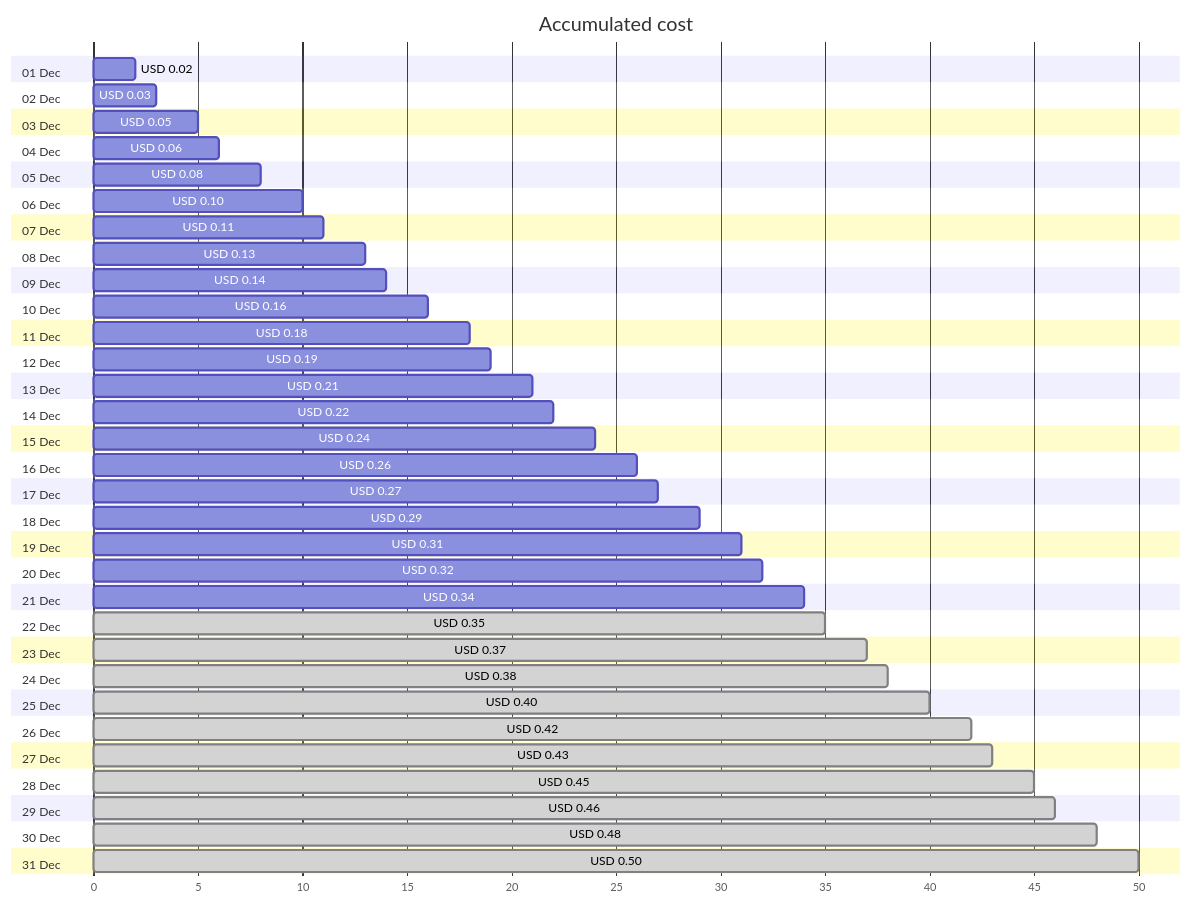
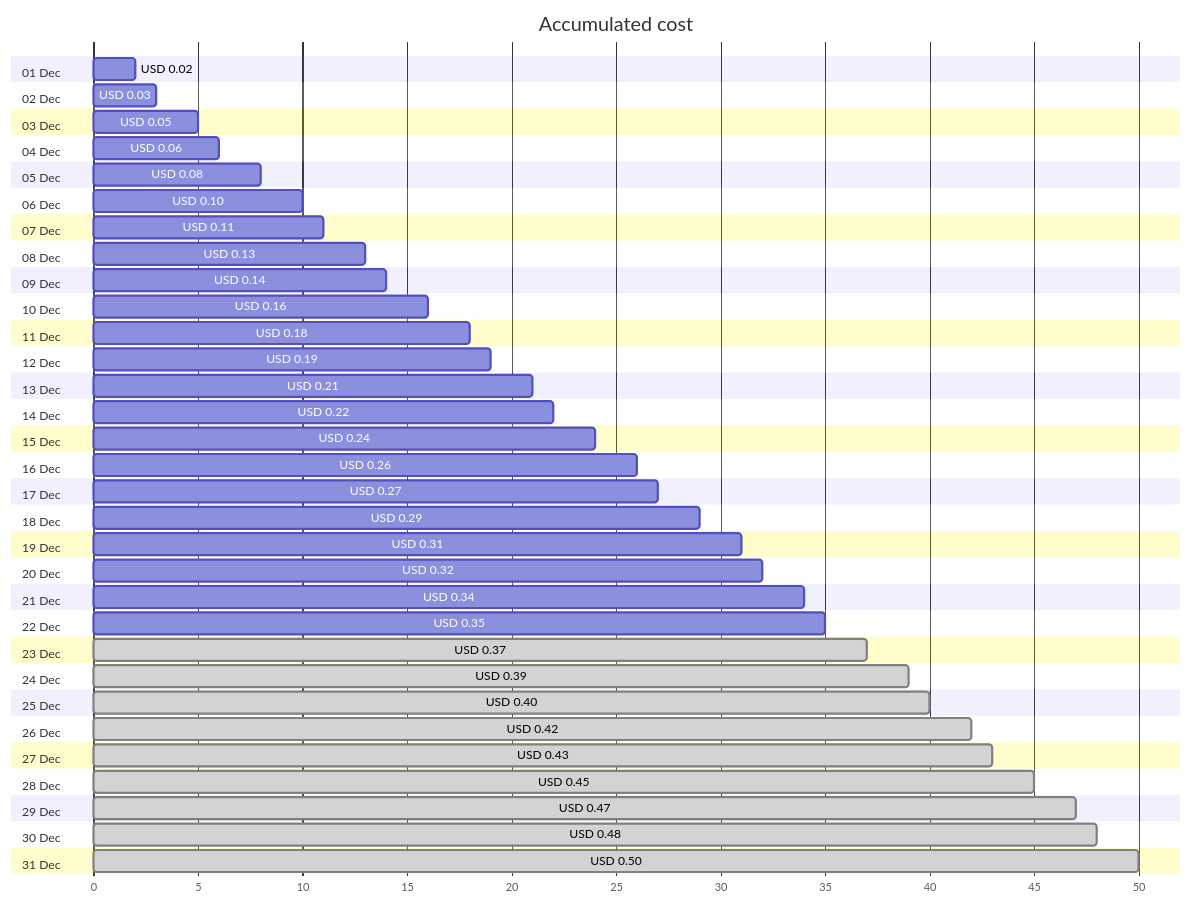
Before and after one commit to jpfulton/azure-personal-reports: the first of 4 diagrams in cost-reports/personal-network/private.jpatrickfulton.com.md, drawn with Mermaid. The commit also changed other lines of this file and 8 other files, not shown here.

````diff
--- a/cost-reports/personal-network/private.jpatrickfulton.com.md
+++ b/cost-reports/personal-network/private.jpatrickfulton.com.md
@@ -20,68 +20,68 @@
 ```mermaid
 gantt
    title Accumulated cost
    dateFormat  X
    axisFormat %s
    section 01 Dec
    USD 0.02 :0, 2
    section 02 Dec
    USD 0.03 :0, 3
    section 03 Dec
    USD 0.05 :0, 5
    section 04 Dec
    USD 0.06 :0, 6
    section 05 Dec
    USD 0.08 :0, 8
    section 06 Dec
    USD 0.10 :0, 10
    section 07 Dec
    USD 0.11 :0, 11
    section 08 Dec
    USD 0.13 :0, 13
    section 09 Dec
    USD 0.14 :0, 14
    section 10 Dec
    USD 0.16 :0, 16
    section 11 Dec
    USD 0.18 :0, 18
    section 12 Dec
    USD 0.19 :0, 19
    section 13 Dec
    USD 0.21 :0, 21
    section 14 Dec
    USD 0.22 :0, 22
    section 15 Dec
    USD 0.24 :0, 24
    section 16 Dec
    USD 0.26 :0, 26
    section 17 Dec
    USD 0.27 :0, 27
    section 18 Dec
    USD 0.29 :0, 29
    section 19 Dec
    USD 0.31 :0, 31
    section 20 Dec
    USD 0.32 :0, 32
    section 21 Dec
    USD 0.34 :0, 34
    section 22 Dec
-   USD 0.35 : done, 0, 35
+   USD 0.35 :0, 35
    section 23 Dec
    USD 0.37 : done, 0, 37
    section 24 Dec
-   USD 0.38 : done, 0, 38
+   USD 0.39 : done, 0, 39
    section 25 Dec
    USD 0.40 : done, 0, 40
    section 26 Dec
    USD 0.42 : done, 0, 42
    section 27 Dec
    USD 0.43 : done, 0, 43
    section 28 Dec
    USD 0.45 : done, 0, 45
    section 29 Dec
-   USD 0.46 : done, 0, 46
+   USD 0.47 : done, 0, 47
    section 30 Dec
    USD 0.48 : done, 0, 48
    section 31 Dec
    USD 0.50 : done, 0, 50
 ```
````
